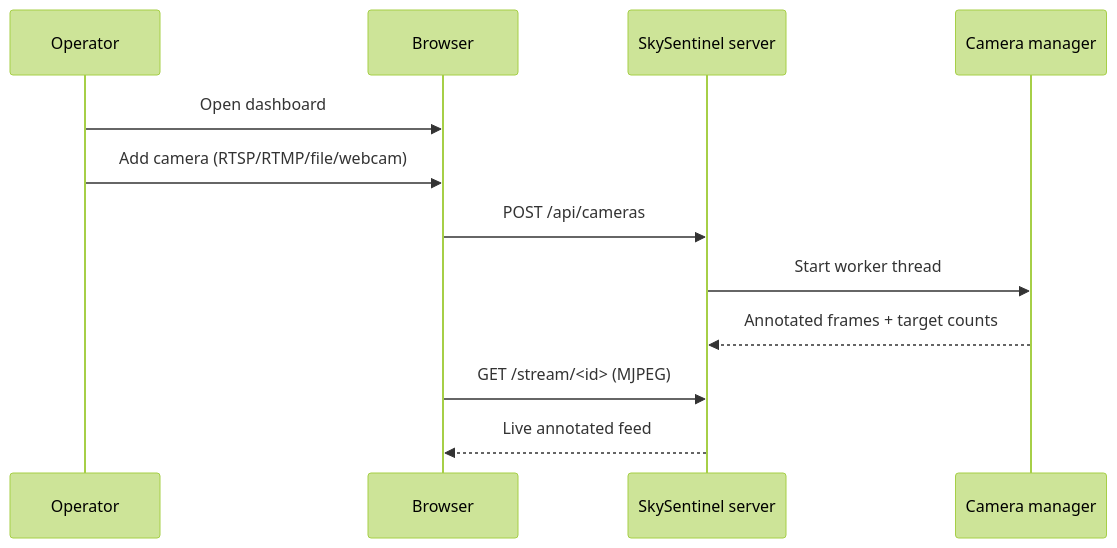
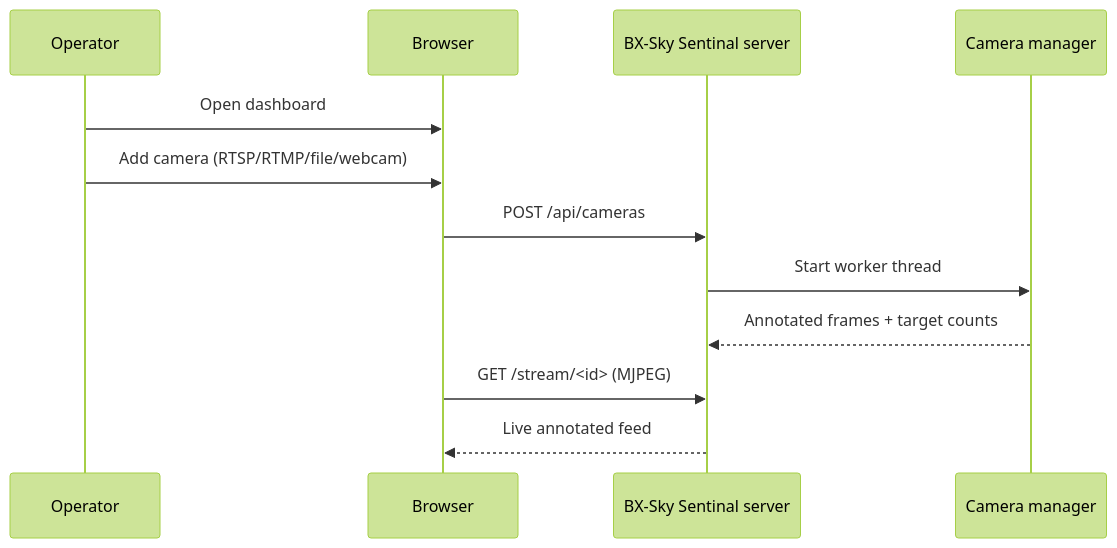
Before and after one commit to armaghanrafique/BX-Sky-Sentinal: the second of 2 diagrams in README.md, drawn with Mermaid (forest theme). The commit also changed other lines of this file, not shown here.

Commit message:
Rebrand README to BX-Sky Sentinal; document Long-range (tiled) small-drone mode and 0-100 confidence

````diff
--- a/README.md
+++ b/README.md
@@ -150,15 +154,15 @@
 ```mermaid
 sequenceDiagram
     participant U as Operator
     participant B as Browser
-    participant A as SkySentinel server
+    participant A as BX-Sky Sentinal server
     participant M as Camera manager
 
     U->>B: Open dashboard
     U->>B: Add camera (RTSP/RTMP/file/webcam)
     B->>A: POST /api/cameras
     A->>M: Start worker thread
     M-->>A: Annotated frames + target counts
     B->>A: GET /stream/<id> (MJPEG)
     A-->>B: Live annotated feed
 ```
````
